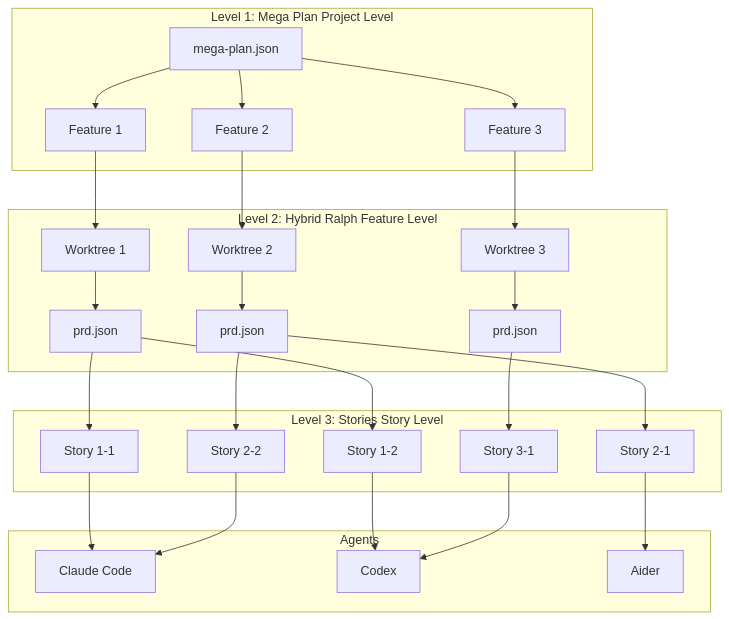
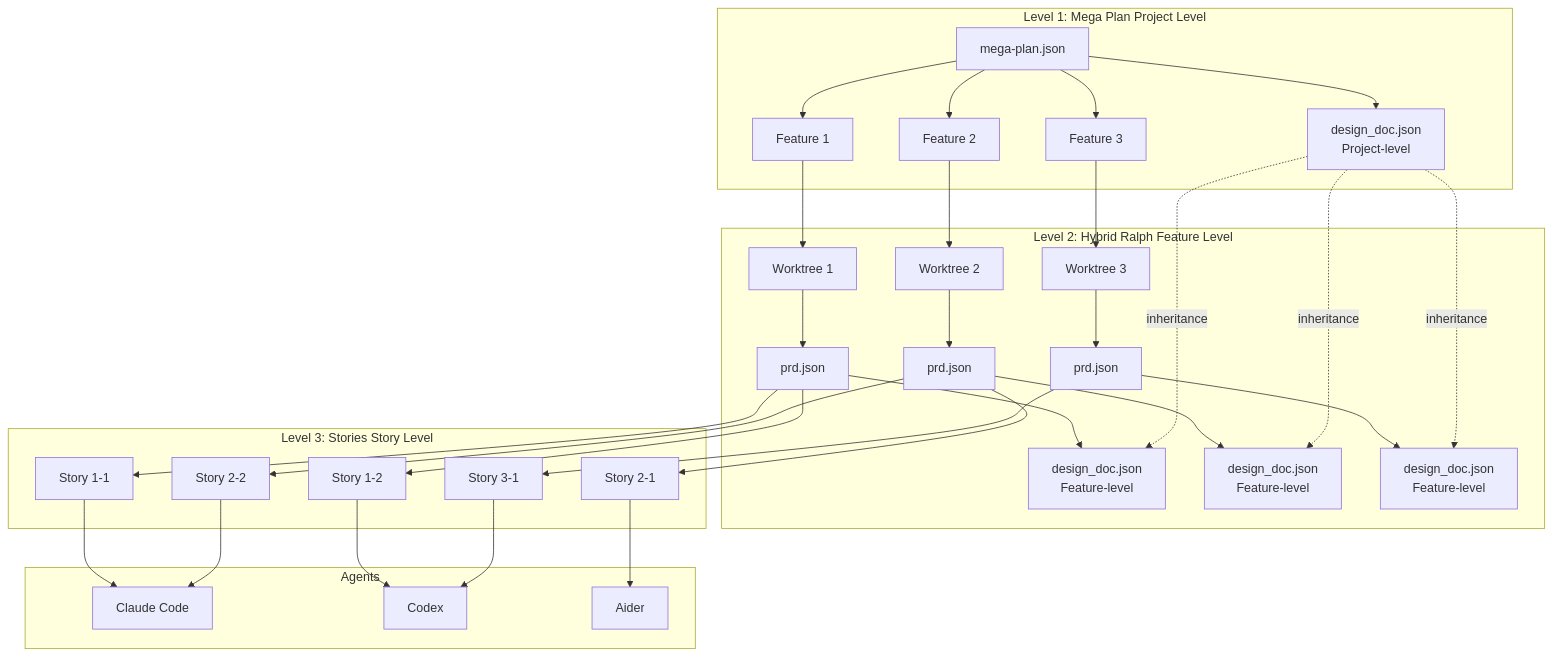
One commit to Taoidle/plan-cascade changed the first of 13 diagrams in docs/System-Architecture.md. Above: the diagram before and after it, drawn with Mermaid. The commit also changed other lines of this file and 29 other files, not shown here.

````diff
--- a/docs/System-Architecture.md
+++ b/docs/System-Architecture.md
@@ -30,33 +31,41 @@
 ```mermaid
 graph TB
     subgraph "Level 1: Mega Plan Project Level"
-        MP[mega-plan.json] --> F1[Feature 1]
+        MP[mega-plan.json] --> DD1[design_doc.json<br/>Project-level]
+        MP --> F1[Feature 1]
         MP --> F2[Feature 2]
         MP --> F3[Feature 3]
     end
 
     subgraph "Level 2: Hybrid Ralph Feature Level"
         F1 --> W1[Worktree 1]
         F2 --> W2[Worktree 2]
         F3 --> W3[Worktree 3]
         W1 --> PRD1[prd.json]
         W2 --> PRD2[prd.json]
         W3 --> PRD3[prd.json]
+        PRD1 --> DD2[design_doc.json<br/>Feature-level]
+        PRD2 --> DD3[design_doc.json<br/>Feature-level]
+        PRD3 --> DD4[design_doc.json<br/>Feature-level]
     end
 
     subgraph "Level 3: Stories Story Level"
         PRD1 --> S1[Story 1-1]
         PRD1 --> S2[Story 1-2]
         PRD2 --> S3[Story 2-1]
         PRD2 --> S4[Story 2-2]
         PRD3 --> S5[Story 3-1]
     end
 
     subgraph "Agents"
         S1 --> A1[Claude Code]
         S2 --> A2[Codex]
         S3 --> A3[Aider]
         S4 --> A1
         S5 --> A2
     end
+
+    DD1 -.->|inheritance| DD2
+    DD1 -.->|inheritance| DD3
+    DD1 -.->|inheritance| DD4
 ```
````
